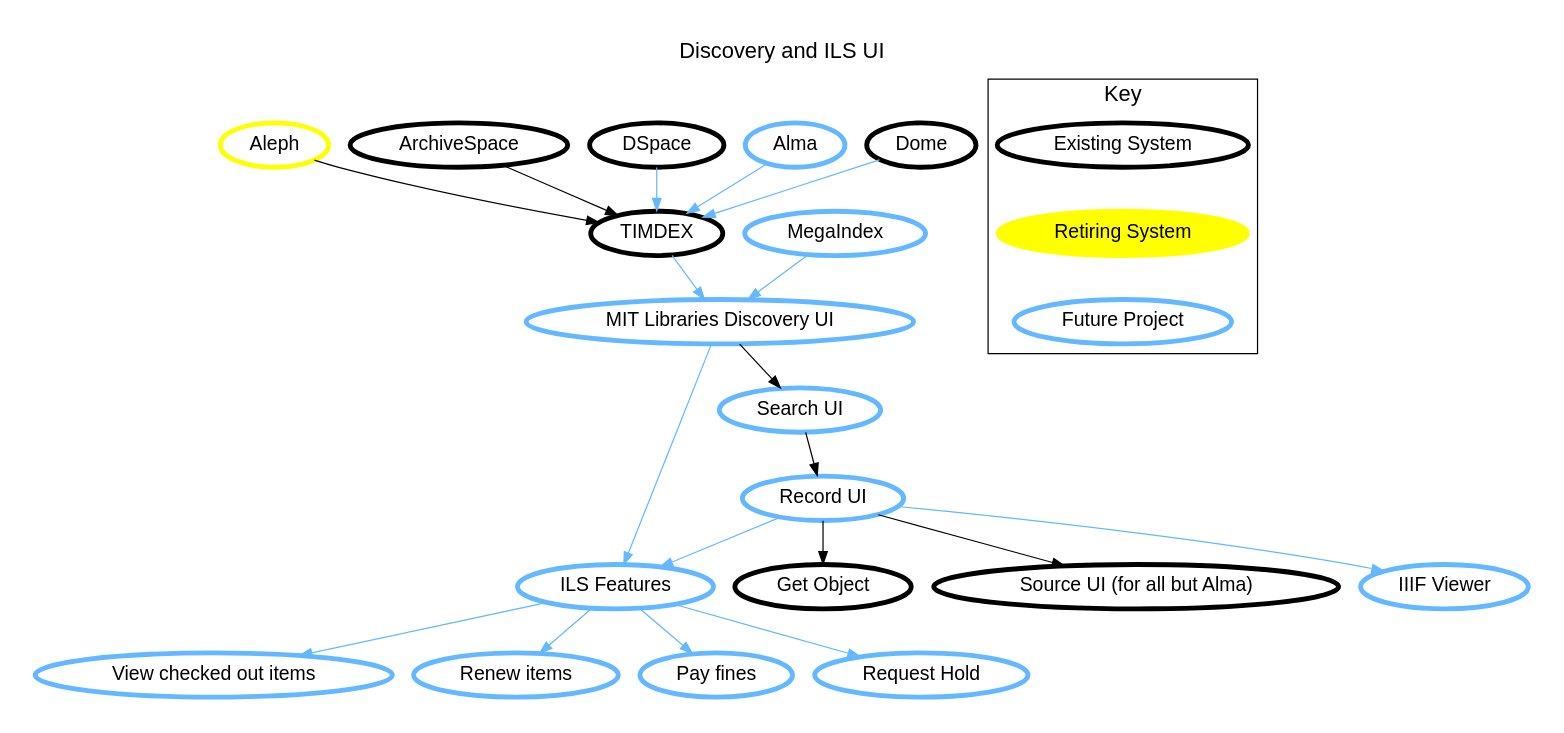
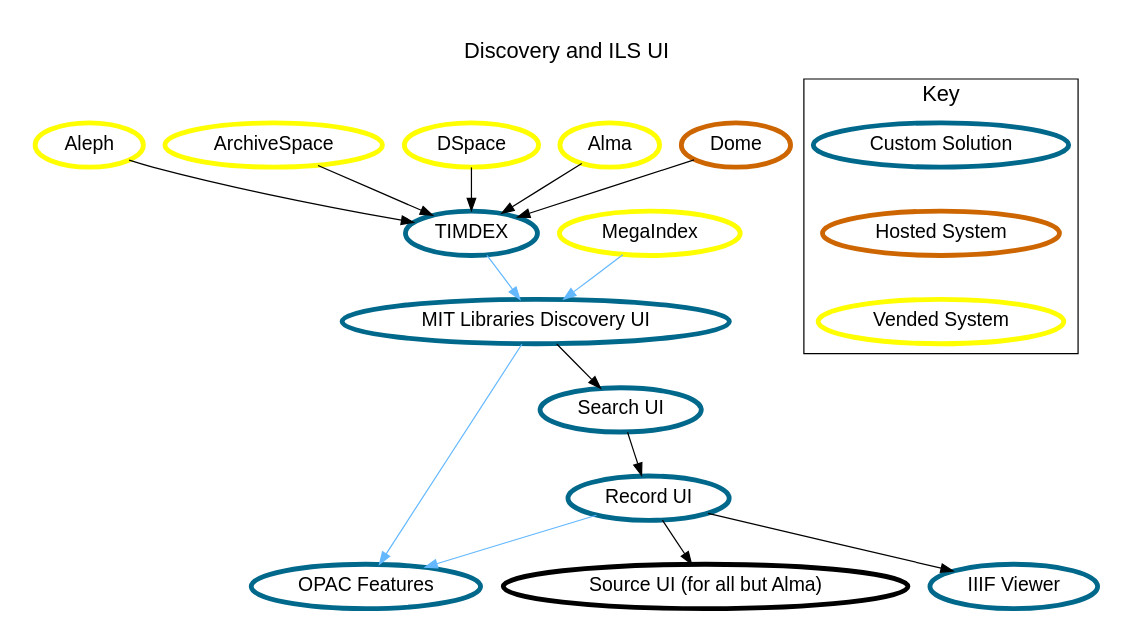
Before and after one commit to JPrevost/jprevost.github.io: the diagram in talks/disco_overview/dots/timdex_centered.dot, drawn with Graphviz. The commit also changed 3 other files, not shown here.

Commit message:
update charts

```diff
--- a/talks/disco_overview/dots/timdex_centered.dot
+++ b/talks/disco_overview/dots/timdex_centered.dot
@@ -1,60 +1,64 @@
 // dot timdex_central.dot -Tpng > timdex_central.png
 // requires installation of GraphViz (brew install graphviz, or
 // http://www.graphviz.org/Download..php if that doesn't work)
 
 digraph G {
   label="Discovery and ILS UI";
   labelloc=t;
   fontname=helvetica;
   fontsize=18;
   node [style=filled, fontname=helvetica, fillcolor=white, penwidth=4, fontsize=16];
   pad=0.3;
 
   Aleph[color=Yellow1]
-  ArchiveSpace
-  DSpace
-  "Alma"[color=SteelBlue1]
-  "ILS Features"[color=SteelBlue1]
-  DiscoUI[label="MIT Libraries Discovery UI", color=SteelBlue1]
-  "View checked out items"[color=SteelBlue1]
-  "Renew items"[color=SteelBlue1]
-  "Pay fines"[color=SteelBlue1]
+  ArchiveSpace[color=Yellow1]
+  DSpace[color=Yellow1]
+  "Alma"[color=Yellow1]
+  Dome[color=darkorange3]
+  DiscoUI[label="MIT Libraries Discovery UI", color=DeepSkyBlue4]
+
 
   "Aleph" -> "TIMDEX"
   "ArchiveSpace" -> "TIMDEX"
-  "DSpace" -> "TIMDEX"[color=SteelBlue1]
-  "Dome" -> "TIMDEX"[color=SteelBlue1]
-  "Alma" -> "TIMDEX"[color=SteelBlue1]
+  "DSpace" -> "TIMDEX"
+  "Dome" -> "TIMDEX"
+  "Alma" -> "TIMDEX"
 
   "MegaIndex" -> DiscoUI[color=SteelBlue1]
-  "MegaIndex"[color=SteelBlue1]
+  "MegaIndex"[color=Yellow1]
 
   "TIMDEX" -> DiscoUI[color=SteelBlue1]
-  DiscoUI -> "ILS Features"[color=SteelBlue1]
-  "ILS Features" -> "View checked out items"[color=SteelBlue1]
-  "ILS Features" -> "Renew items"[color=SteelBlue1]
-  "ILS Features" -> "Pay fines"[color=SteelBlue1]
+  DiscoUI -> "OPAC Features"[color=SteelBlue1]
+  // "OPAC Features" -> "View checked out items"[color=SteelBlue1]
+  // "OPAC Features" -> "Renew items"[color=SteelBlue1]
+  // "OPAC Features" -> "Pay fines"[color=SteelBlue1]
+  // "OPAC Features" -> "Request Hold"[color=SteelBlue1]
+  // "Request Hold"[color=SteelBlue1]
+  // "View checked out items"[color=SteelBlue1]
+  // "Renew items"[color=SteelBlue1]
+  // "Pay fines"[color=SteelBlue1]
 
   DiscoUI -> "Search UI"
   "Search UI" -> "Record UI"
-  "Record UI" -> "Get Object"
+  // "Record UI" -> "Get Object"
   "Record UI" -> "Source UI (for all but Alma)"
-  "Record UI" -> "IIIF Viewer"[color=SteelBlue1]
-  "IIIF Viewer"[color=SteelBlue1]
+  "Record UI" -> "IIIF Viewer"
+  "IIIF Viewer"[color=DeepSkyBlue4]
 
-  "Record UI" -> "ILS Features"[color=SteelBlue1]
-  "ILS Features" -> "Request Hold"[color=SteelBlue1]
-  "Request Hold"[color=SteelBlue1]
-  "Search UI"[color=SteelBlue1]
-  "Record UI"[color=SteelBlue1]
+  "Record UI" -> "OPAC Features"[color=SteelBlue1]
+  "Search UI"[color=DeepSkyBlue4]
+  "Record UI"[color=DeepSkyBlue4]
+  "OPAC Features"[color=DeepSkyBlue4]
+
+  TIMDEX[color=DeepSkyBlue4]
 
   subgraph clusterLegend {
     label="Key";
     {
-     k4[label="Future Project", color=SteelBlue1];
-     k2[label="Retiring System", color=Yellow1, fillcolor=Yellow1];
-     k1[label="Existing System"]
+     k4[label="Vended System", color=Yellow1];
+     k2[label="Hosted System", color=darkorange3];
+     k1[label="Custom Solution", color=DeepSkyBlue4]
      k1 -> k2 -> k4 [style=invis]
      }
   }
 }
```
